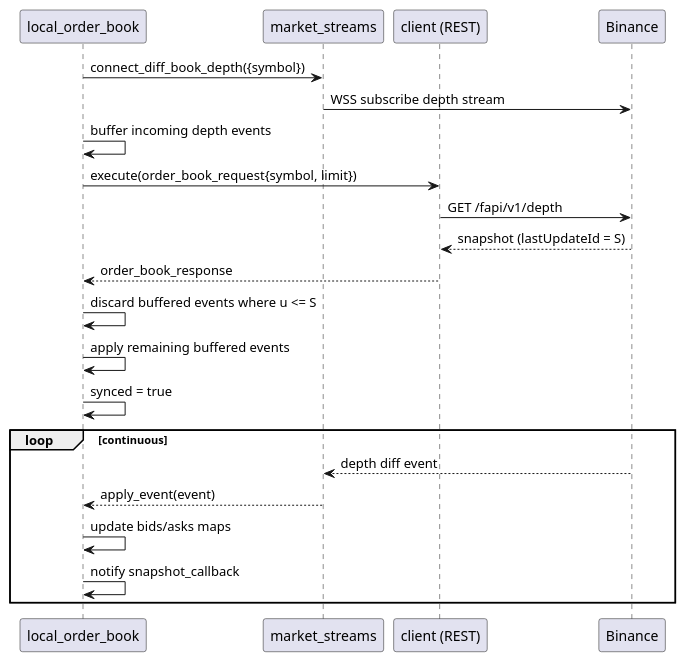
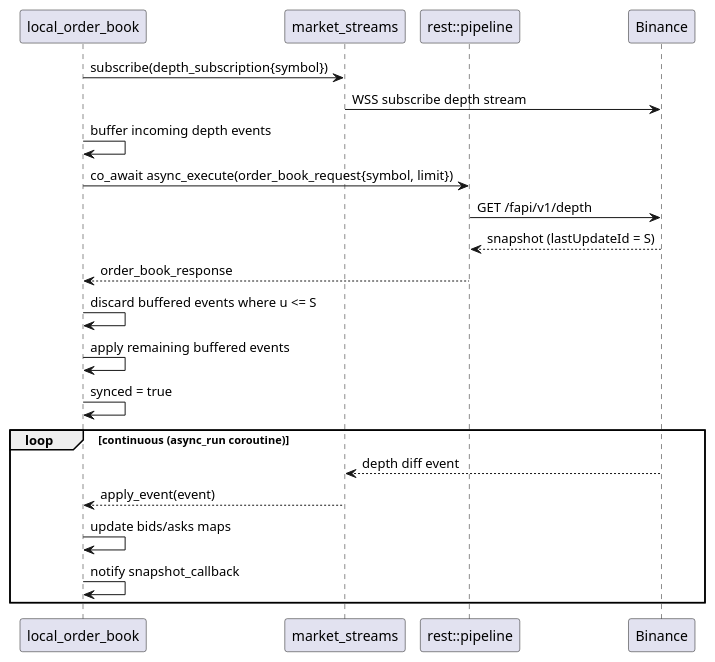
The seventh of 9 diagrams in docs/binapi2/DESIGN.md (agutikov/binapi), drawn with PlantUML before and after one commit. The commit also changed other lines of this file and 7 other files, not shown here.

````diff
--- a/docs/binapi2/DESIGN.md
+++ b/docs/binapi2/DESIGN.md
@@ -361,29 +405,29 @@
 ```plantuml
 @startuml
 participant "local_order_book" as LOB
 participant "market_streams" as MS
-participant "client (REST)" as REST
+participant "rest::pipeline" as REST
 participant "Binance" as B
 
-LOB -> MS: connect_diff_book_depth({symbol})
+LOB -> MS: subscribe(depth_subscription{symbol})
 MS -> B: WSS subscribe depth stream
 
 LOB -> LOB: buffer incoming depth events
 
-LOB -> REST: execute(order_book_request{symbol, limit})
+LOB -> REST: co_await async_execute(order_book_request{symbol, limit})
 REST -> B: GET /fapi/v1/depth
 B --> REST: snapshot (lastUpdateId = S)
 REST --> LOB: order_book_response
 
 LOB -> LOB: discard buffered events where u <= S
 LOB -> LOB: apply remaining buffered events
 LOB -> LOB: synced = true
 
-loop continuous
+loop continuous (async_run coroutine)
   B --> MS: depth diff event
   MS --> LOB: apply_event(event)
   LOB -> LOB: update bids/asks maps
   LOB -> LOB: notify snapshot_callback
 end
 @enduml
 ```
````
